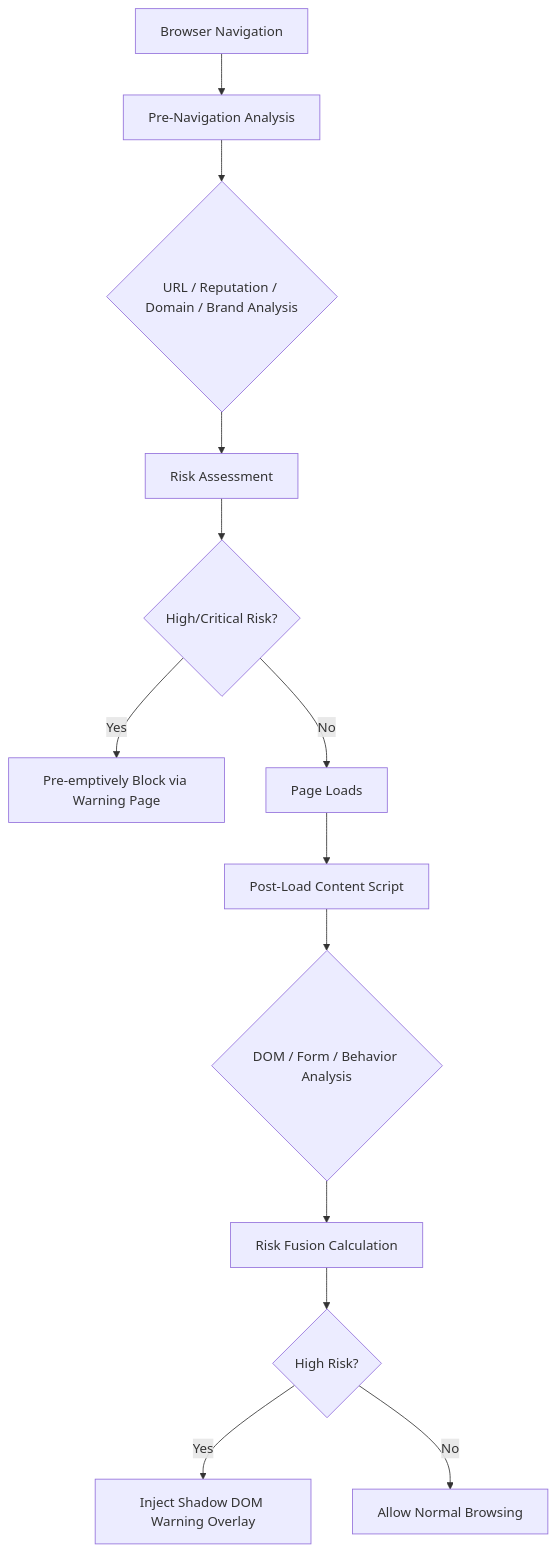
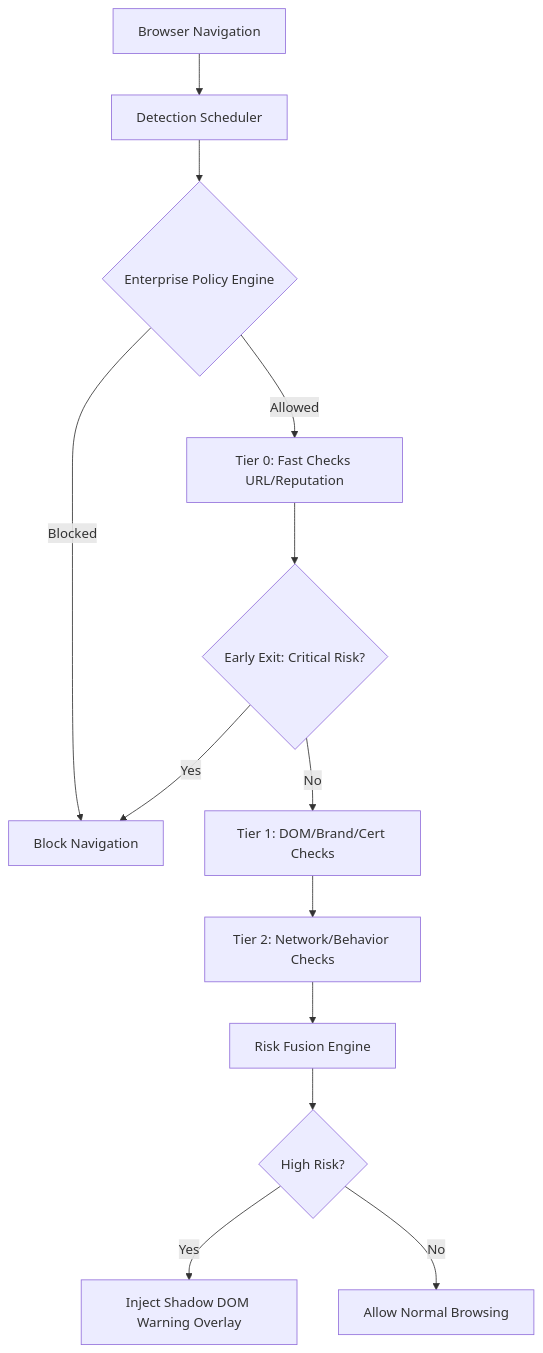
Before and after one commit to JEFFERSON-007/phishing-extension: the diagram in README.md, drawn with Mermaid. The commit also changed other lines of this file, not shown here.

Commit message:
Update README with detailed professional architectural documentation

````diff
--- a/README.md
+++ b/README.md
@@ -30,15 +28,15 @@
 ```mermaid
 graph TD
-    A[Browser Navigation] --> B[Pre-Navigation Analysis]
-    B --> C{URL / Reputation / Domain / Brand Analysis}
-    C --> D[Risk Assessment]
-    D --> E{High/Critical Risk?}
-    E -- Yes --> F[Pre-emptively Block via Warning Page]
-    E -- No --> G[Page Loads]
-    G --> H[Post-Load Content Script]
-    H --> I{DOM / Form / Behavior Analysis}
-    I --> J[Risk Fusion Calculation]
-    J --> K{High Risk?}
-    K -- Yes --> L[Inject Shadow DOM Warning Overlay]
-    K -- No --> M[Allow Normal Browsing]
+    A[Browser Navigation] --> B[Detection Scheduler]
+    B --> C{Enterprise Policy Engine}
+    C -- Blocked --> D[Block Navigation]
+    C -- Allowed --> E[Tier 0: Fast Checks URL/Reputation]
+    E --> F{Early Exit: Critical Risk?}
+    F -- Yes --> D
+    F -- No --> G[Tier 1: DOM/Brand/Cert Checks]
+    G --> H[Tier 2: Network/Behavior Checks]
+    H --> I[Risk Fusion Engine]
+    I --> J{High Risk?}
+    J -- Yes --> K[Inject Shadow DOM Warning Overlay]
+    J -- No --> L[Allow Normal Browsing]
 ```
````
